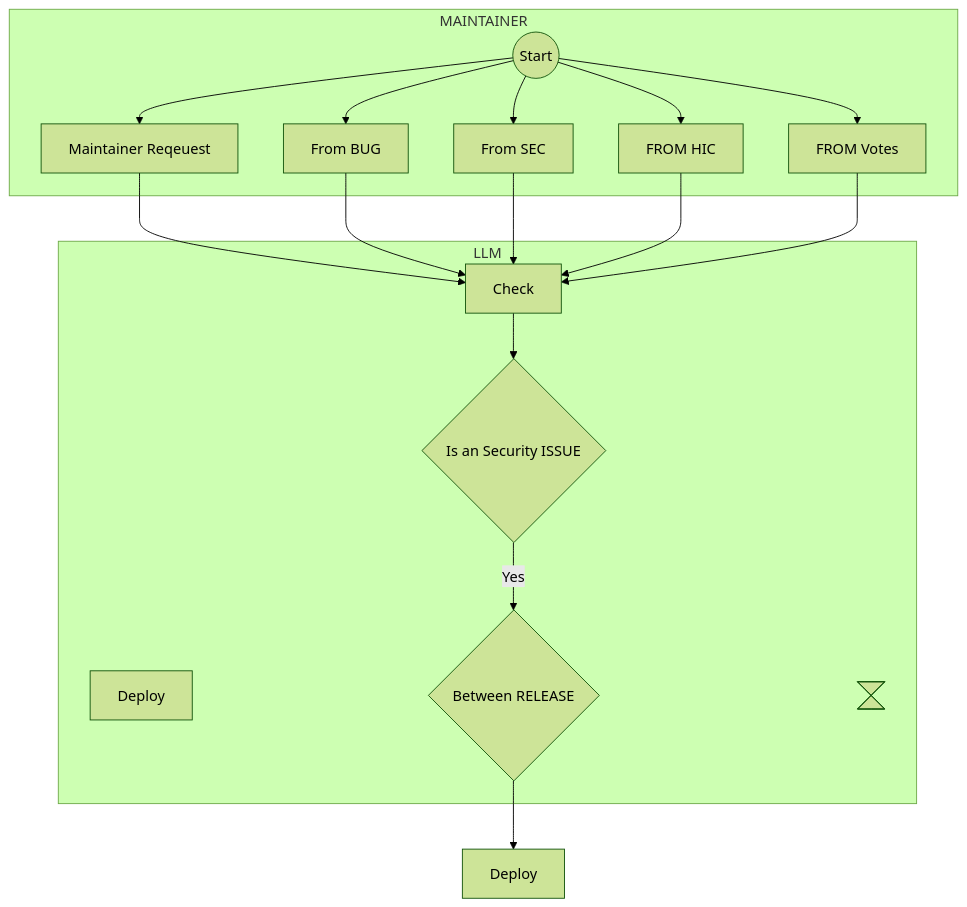
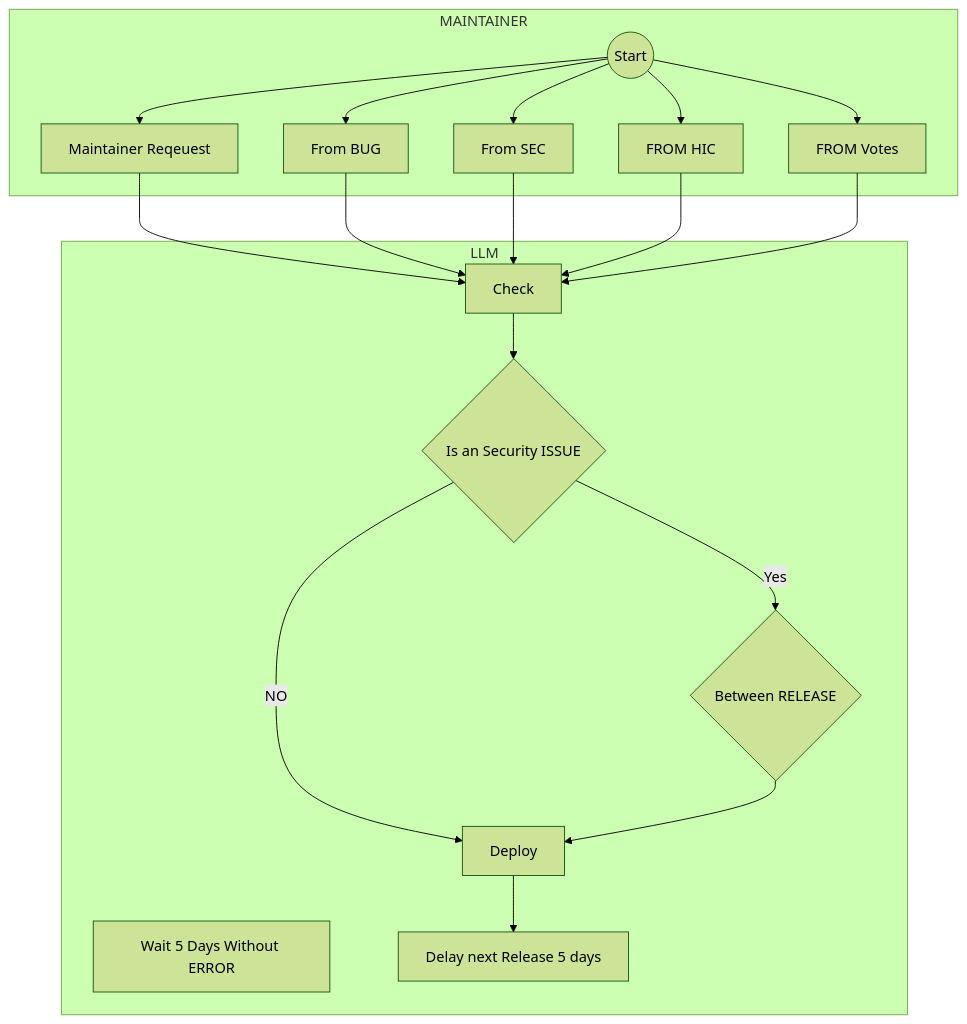
The diagram in docs/workflow_release.md (GFGMNET/Workspace), drawn with Mermaid (forest theme) before and after one commit.

````diff
--- a/docs/workflow_release.md
+++ b/docs/workflow_release.md
@@ -1,36 +1,39 @@
 ```mermaid
 flowchart TD
  subgraph MAINTAINER
     STA@{ shape: circle, label: "Start" }
 	DEC[Maintainer Reqeuest]
 	BUG[From BUG]
 	SEC[From SEC]
 	HIC[FROM HIC]
 	VOT[FROM Votes]
  end
  subgraph LLM
   CHE[Check]
   DEP[Deploy]
   BET{Between RELEASE}
   ISEC{Is an Security ISSUE}
-  WAU@{ shape: hourglass, label: "5 Days Without ERROR" }
+  WAU[Wait 5 Days Without ERROR]
+  DEL[Delay next Release 5 days]
  end
   
  
  
  STA --> DEC
  STA --> BUG
  STA --> SEC
  STA --> HIC
  STA --> VOT
  DEC --> CHE 
  BUG --> CHE 
  SEC --> CHE 
  HIC --> CHE 
  VOT --> CHE 
  CHE --> ISEC
  ISEC --> |Yes|BET
- BET --> Deploy
+ ISEC --> |NO|DEP
+ BET --> DEP 
+ DEP --> DEL
  
  
  ```
````
